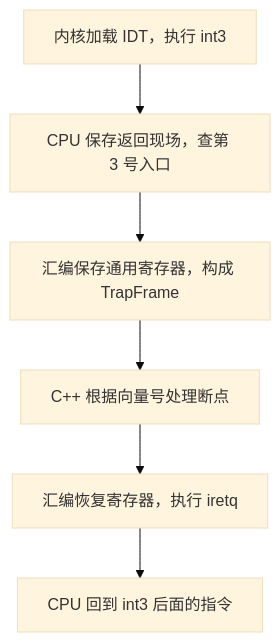
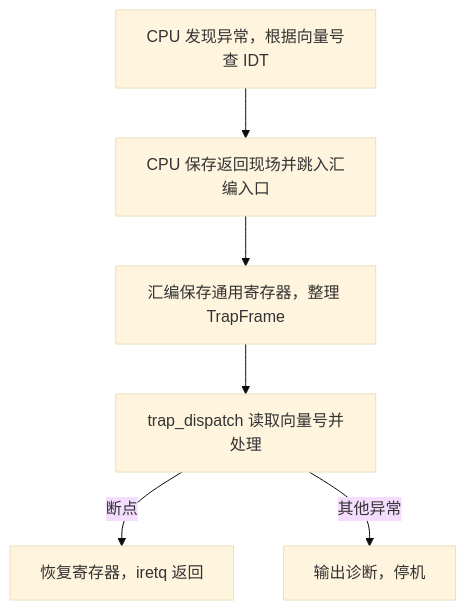
The diagram in docs/architecture/trap.md (NAPH130/SimpleOS), drawn with Mermaid (base theme) before and after one commit. The commit also changed other lines of this file and 24 other files, not shown here.

````diff
--- a/docs/architecture/trap.md
+++ b/docs/architecture/trap.md
@@ -7,8 +23,8 @@
 ```mermaid
 flowchart TD
-    A["内核加载 IDT，执行 int3"] --> B["CPU 保存返回现场，查第 3 号入口"]
-    B --> C["汇编保存通用寄存器，构成 TrapFrame"]
-    C --> D["C++ 根据向量号处理断点"]
-    D --> E["汇编恢复寄存器，执行 iretq"]
-    E --> F["CPU 回到 int3 后面的指令"]
+    A["CPU 发现异常，根据向量号查 IDT"] --> B["CPU 保存返回现场并跳入汇编入口"]
+    B --> C["汇编保存通用寄存器，整理 TrapFrame"]
+    C --> D["trap_dispatch 读取向量号并处理"]
+    D -->|"断点"| E["恢复寄存器，iretq 返回"]
+    D -->|"其他异常"| F["输出诊断，停机"]
 ```
````
